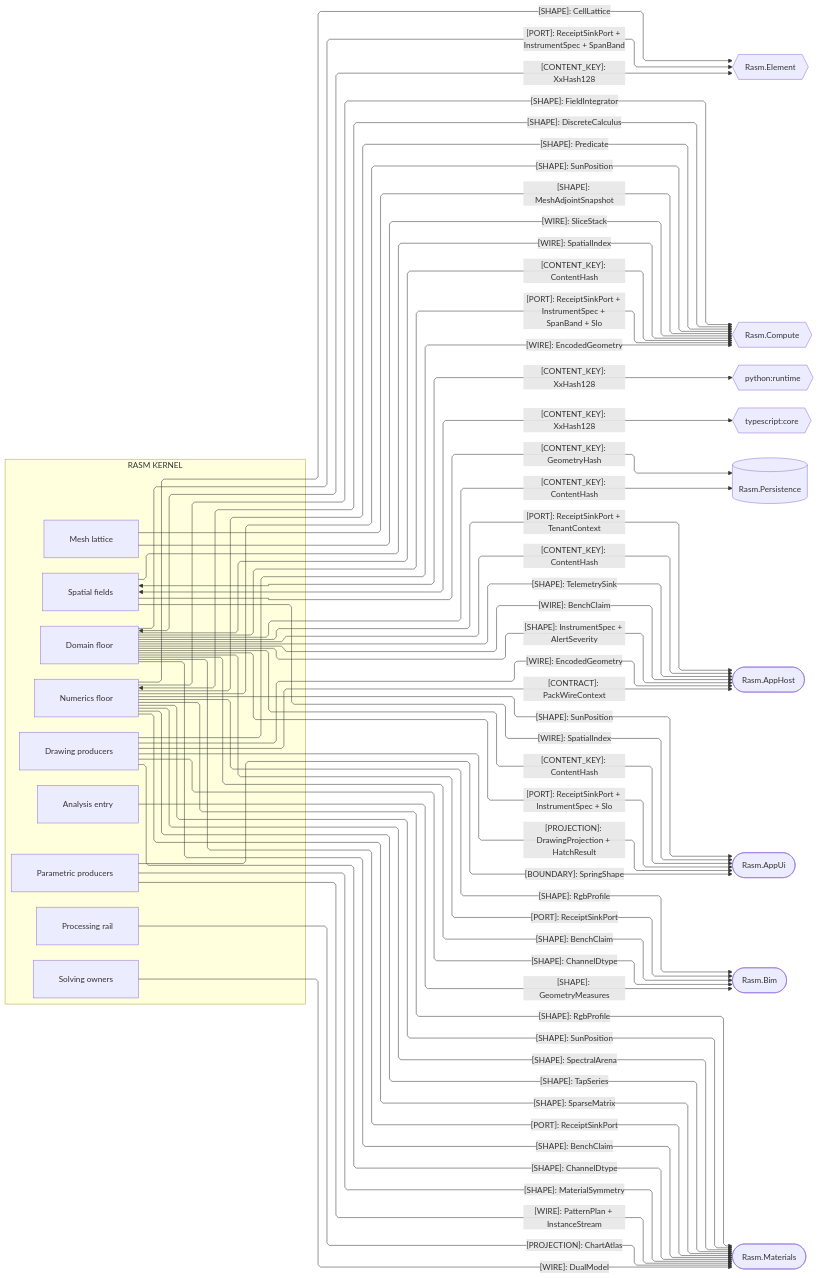
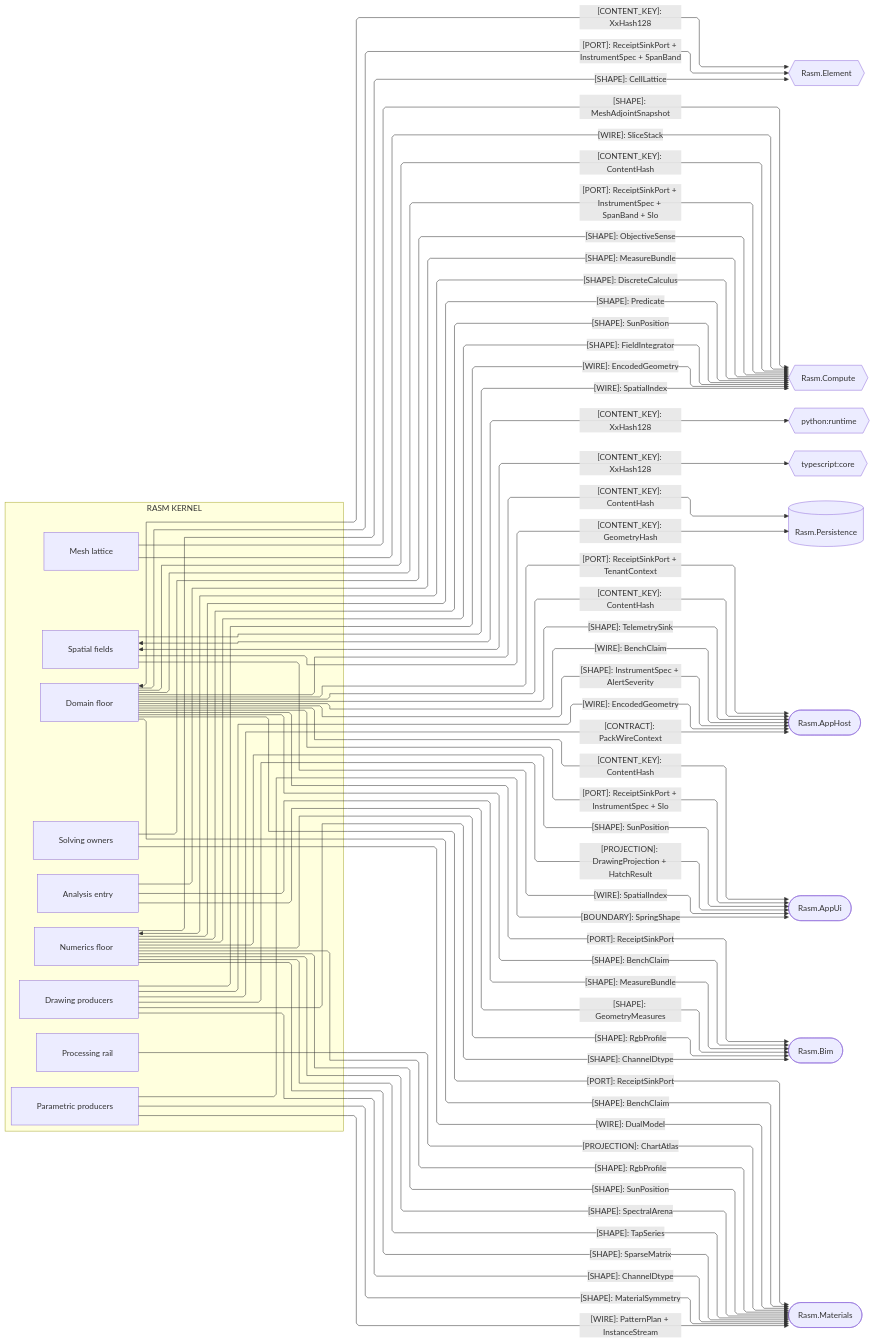
The second of 4 diagrams in libs/csharp/Rasm/ARCHITECTURE.md (bsamiee/Rasm), drawn with Mermaid before and after one commit. The commit also changed other lines of this file and 55 other files, not shown here.

````diff
--- a/libs/csharp/Rasm/ARCHITECTURE.md
+++ b/libs/csharp/Rasm/ARCHITECTURE.md
@@ -171,79 +171,82 @@
 ```mermaid
 ---
 config:
   layout: elk
   flowchart:
     curve: linear
     padding: 25
 ---
 flowchart LR
     accTitle: Kernel content-key and compute-plane seams
     accDescr: Which content keys, shapes, ports, and wires the kernel owners hand to same-branch and cross-runtime peers.
     subgraph rasm[RASM KERNEL]
         Domain[Domain floor]
         Numerics[Numerics floor]
         Spatial[Spatial fields]
         Meshing[Mesh lattice]
         Parametric[Parametric producers]
         Processing[Processing rail]
         Solving[Solving owners]
         Drawing[Drawing producers]
         Analysis[Analysis entry]
     end
     Element{{Rasm.Element}}
     Compute{{Rasm.Compute}}
     Runtime{{python:runtime}}
     Core{{typescript:core}}
     Persistence[(Rasm.Persistence)]
     AppHost([Rasm.AppHost])
     AppUi([Rasm.AppUi])
     Bim([Rasm.Bim])
     Materials([Rasm.Materials])
     Domain e1@<-->|"[CONTENT_KEY]: XxHash128"| Element
     Domain e2@-->|"[CONTENT_KEY]: ContentHash"| Persistence
     Domain e3@-->|"[CONTENT_KEY]: ContentHash"| Compute
     Domain e4@-->|"[CONTENT_KEY]: ContentHash"| AppHost
     Domain e5@-->|"[CONTENT_KEY]: ContentHash"| AppUi
     Spatial e6@-->|"[CONTENT_KEY]: GeometryHash"| Persistence
     Spatial e7@<-->|"[CONTENT_KEY]: XxHash128"| Runtime
     Spatial e8@<-->|"[CONTENT_KEY]: XxHash128"| Core
     Numerics e9@<-->|"[SHAPE]: DiscreteCalculus"| Compute
     Numerics e10@-->|"[SHAPE]: Predicate"| Compute
     Meshing e11@-->|"[SHAPE]: MeshAdjointSnapshot"| Compute
     Meshing e12@-->|"[WIRE]: SliceStack"| Compute
     Spatial e13@-->|"[WIRE]: SpatialIndex"| Compute
     Drawing e14@-->|"[WIRE]: EncodedGeometry"| Compute
     Drawing e15@-->|"[WIRE]: EncodedGeometry"| AppHost
     Drawing e16@-->|"[CONTRACT]: PackWireContext"| AppHost
     Domain e17@-->|"[SHAPE]: TelemetrySink"| AppHost
     Domain e18@-->|"[WIRE]: BenchClaim"| AppHost
     Domain e19@-->|"[SHAPE]: InstrumentSpec + AlertSeverity"| AppHost
     Domain e20@-->|"[PORT]: ReceiptSinkPort + TenantContext"| AppHost
     Domain e21@-->|"[PORT]: ReceiptSinkPort + InstrumentSpec + Slo"| AppUi
     Domain e22@-->|"[PORT]: ReceiptSinkPort + InstrumentSpec + SpanBand + Slo"| Compute
     Analysis e23@-->|"[SHAPE]: GeometryMeasures"| Bim
     Domain e24@-->|"[PORT]: ReceiptSinkPort + InstrumentSpec + SpanBand"| Element
     Domain e25@-->|"[PORT]: ReceiptSinkPort"| Bim
     Domain e26@-->|"[PORT]: ReceiptSinkPort"| Materials
     Domain e27@-->|"[SHAPE]: BenchClaim"| Materials
     Domain e28@-->|"[SHAPE]: BenchClaim"| Bim
     Numerics e29@-->|"[SHAPE]: CellLattice"| Element
     Numerics e30@-->|"[SHAPE]: RgbProfile"| Bim
     Numerics e31@-->|"[SHAPE]: RgbProfile"| Materials
     Numerics e32@-->|"[SHAPE]: SunPosition"| Compute
     Numerics e33@-->|"[SHAPE]: SunPosition"| AppUi
     Numerics e34@-->|"[SHAPE]: SunPosition"| Materials
     Numerics e35@-->|"[SHAPE]: SpectralArena"| Materials
     Numerics e36@-->|"[SHAPE]: TapSeries"| Materials
     Numerics e37@-->|"[SHAPE]: SparseMatrix"| Materials
     Numerics e38@-->|"[SHAPE]: FieldIntegrator"| Compute
     Drawing e39@-->|"[PROJECTION]: DrawingProjection + HatchResult"| AppUi
     Parametric e40@-->|"[BOUNDARY]: SpringShape"| AppUi
     Spatial e41@-->|"[WIRE]: SpatialIndex"| AppUi
     Solving e42@-->|"[WIRE]: DualModel"| Materials
     Drawing e43@-->|"[SHAPE]: ChannelDtype"| Materials
     Processing e44@-->|"[PROJECTION]: ChartAtlas"| Materials
     Parametric e45@-->|"[WIRE]: PatternPlan + InstanceStream"| Materials
     Parametric e46@-->|"[SHAPE]: MaterialSymmetry"| Materials
     Drawing e47@-->|"[SHAPE]: ChannelDtype"| Bim
+    Analysis e48@-->|"[SHAPE]: MeasureBundle"| Compute
+    Analysis e49@-->|"[SHAPE]: MeasureBundle"| Bim
+    Solving e50@-->|"[SHAPE]: ObjectiveSense"| Compute
 ```
````
